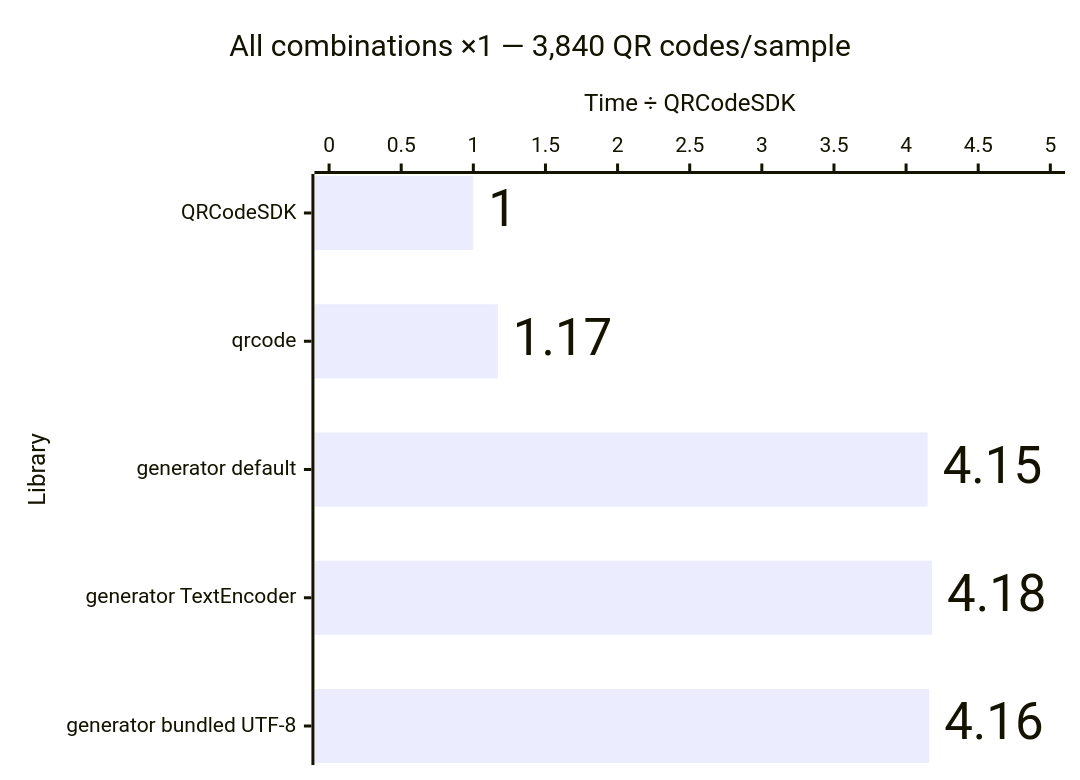
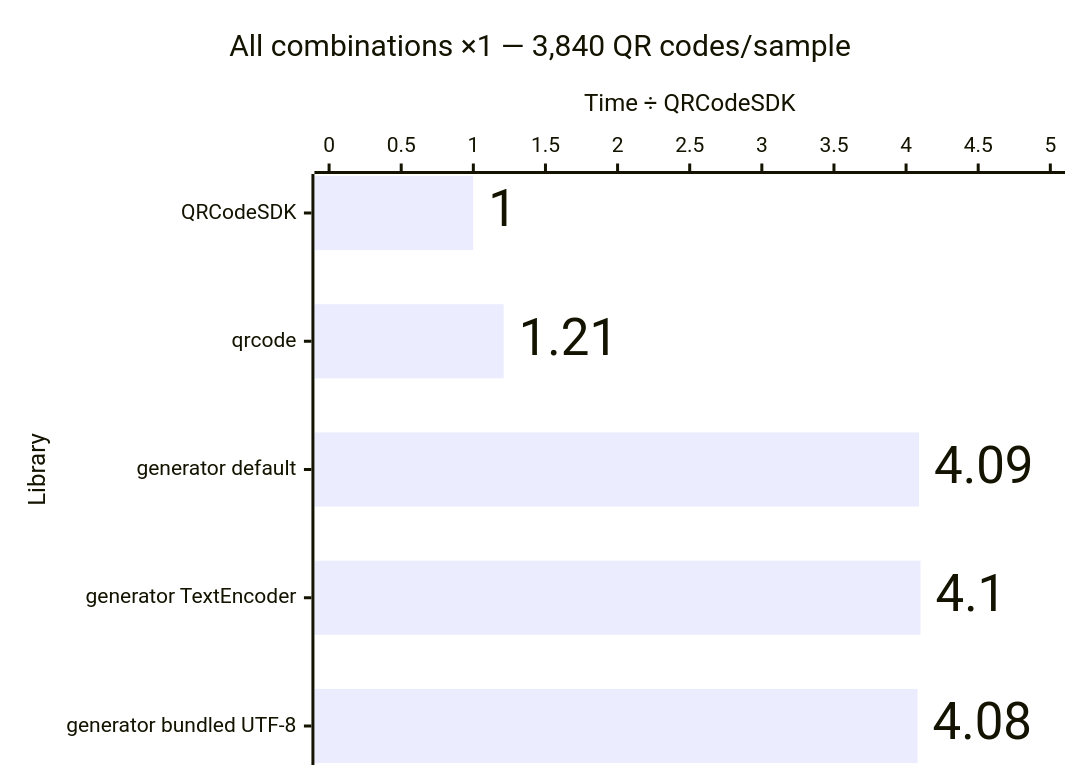
The sixth of 12 diagrams in apps/docs/src/content/docs/advanced/performance.md (Dafnik/qrcodesdk), drawn with Mermaid before and after one commit. The commit also changed other lines of this file and 12 other files, not shown here.

````diff
--- a/apps/docs/src/content/docs/advanced/performance.md
+++ b/apps/docs/src/content/docs/advanced/performance.md
@@ -105,15 +105,15 @@
 ```mermaid
 ---
 config:
   xyChart:
     showDataLabel: true
     showDataLabelOutsideBar: true
 ---
 xychart horizontal
   accTitle: Matrix generation: All combinations ×1 — 3,840 QR codes/sample
-  accDescr: Relative median time compared with QRCodeSDK. QRCodeSDK 1.00 times, qrcode 1.17 times, generator default 4.15 times, generator TextEncoder 4.18 times, generator bundled UTF-8 4.16 times. Lower is better.
+  accDescr: Relative median time compared with QRCodeSDK. QRCodeSDK 1.00 times, qrcode 1.21 times, generator default 4.09 times, generator TextEncoder 4.10 times, generator bundled UTF-8 4.08 times. Lower is better.
   title "All combinations ×1 — 3,840 QR codes/sample"
   x-axis "Library" ["QRCodeSDK", "qrcode", "generator default", "generator TextEncoder", "generator bundled UTF-8"]
   y-axis "Time ÷ QRCodeSDK" 0 --> 5.0
-  bar [1.00, 1.17, 4.15, 4.18, 4.16]
+  bar [1.00, 1.21, 4.09, 4.10, 4.08]
 ```
````
